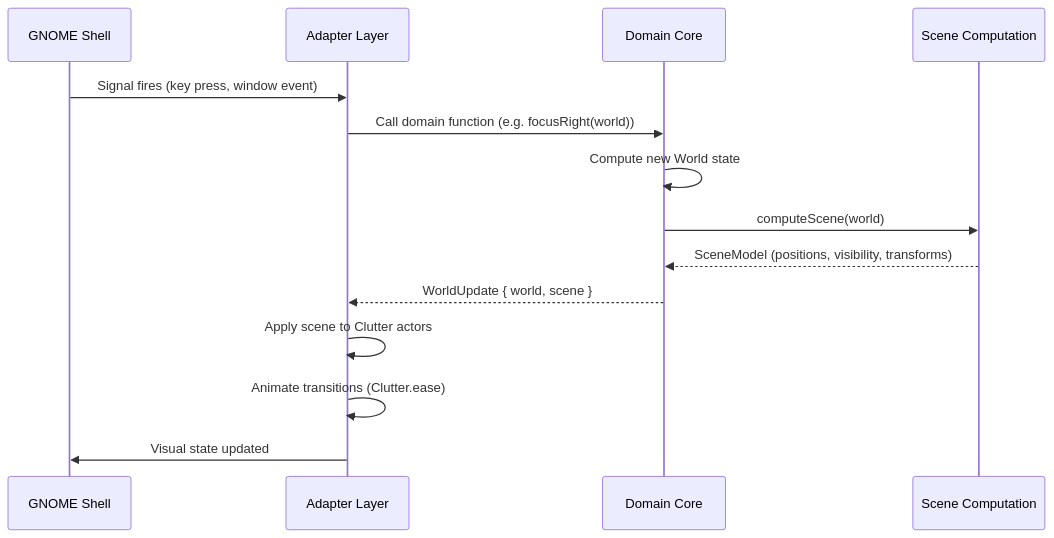
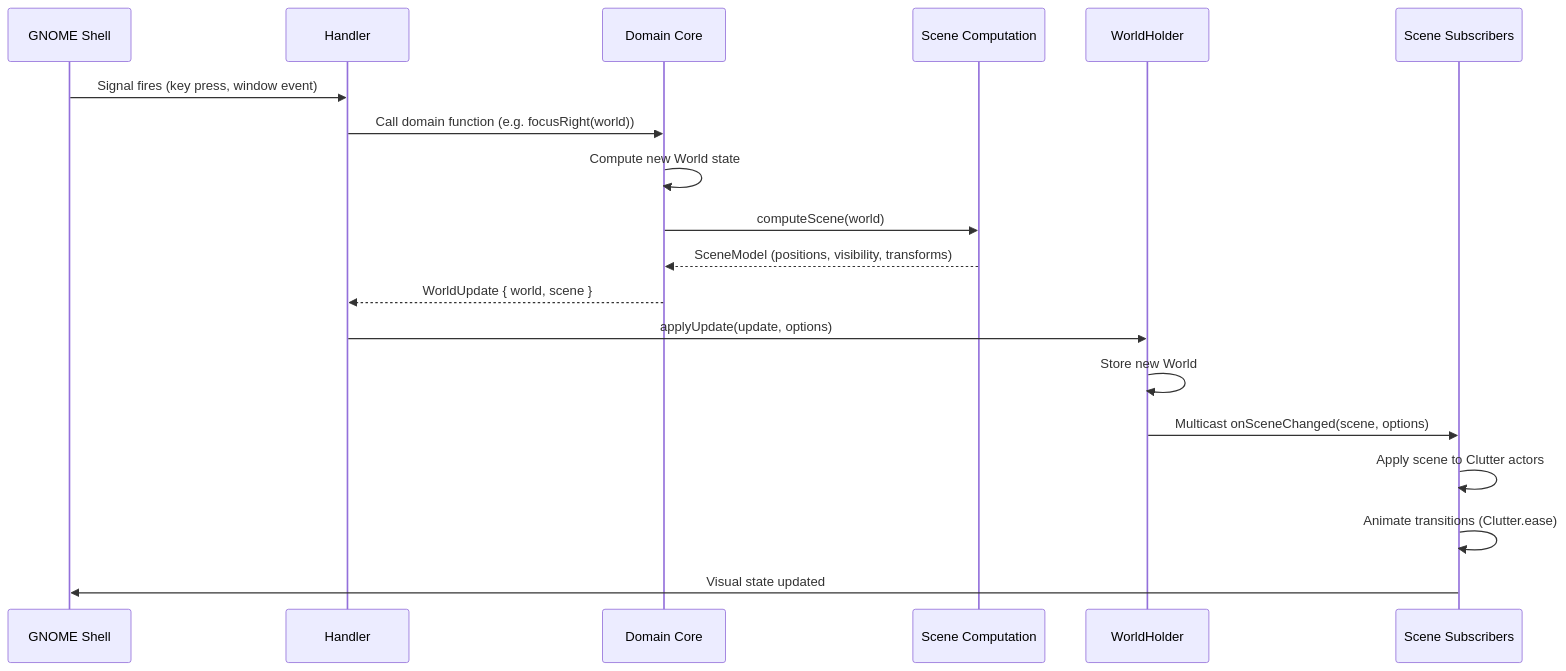
One commit to notiriel/kestrel changed the second of 10 diagrams in docs/architecture.md. Above: the diagram before and after it, drawn with Mermaid. The commit also changed other lines of this file and 1 other file, not shown here.

Commit message:
Update architecture docs for WorldHolder observer pattern and overview routing

````diff
--- a/docs/architecture.md
+++ b/docs/architecture.md
@@ -229,17 +229,22 @@
 ```mermaid
 sequenceDiagram
     participant GNOME as GNOME Shell
-    participant Adapter as Adapter Layer
+    participant Handler as Handler
     participant Domain as Domain Core
     participant Scene as Scene Computation
+    participant WH as WorldHolder
+    participant Subs as Scene Subscribers
 
-    GNOME->>Adapter: Signal fires (key press, window event)
-    Adapter->>Domain: Call domain function (e.g. focusRight(world))
+    GNOME->>Handler: Signal fires (key press, window event)
+    Handler->>Domain: Call domain function (e.g. focusRight(world))
     Domain->>Domain: Compute new World state
     Domain->>Scene: computeScene(world)
     Scene-->>Domain: SceneModel (positions, visibility, transforms)
-    Domain-->>Adapter: WorldUpdate { world, scene }
-    Adapter->>Adapter: Apply scene to Clutter actors
-    Adapter->>Adapter: Animate transitions (Clutter.ease)
-    Adapter->>GNOME: Visual state updated
+    Domain-->>Handler: WorldUpdate { world, scene }
+    Handler->>WH: applyUpdate(update, options)
+    WH->>WH: Store new World
+    WH->>Subs: Multicast onSceneChanged(scene, options)
+    Subs->>Subs: Apply scene to Clutter actors
+    Subs->>Subs: Animate transitions (Clutter.ease)
+    Subs->>GNOME: Visual state updated
 ```
````
